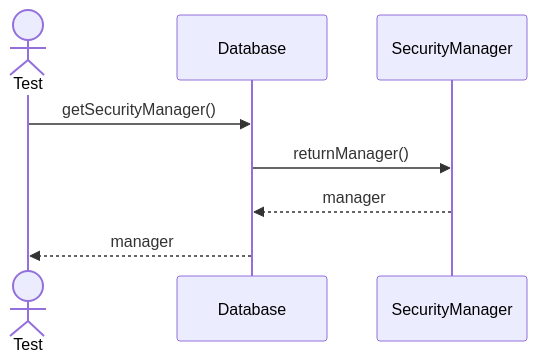
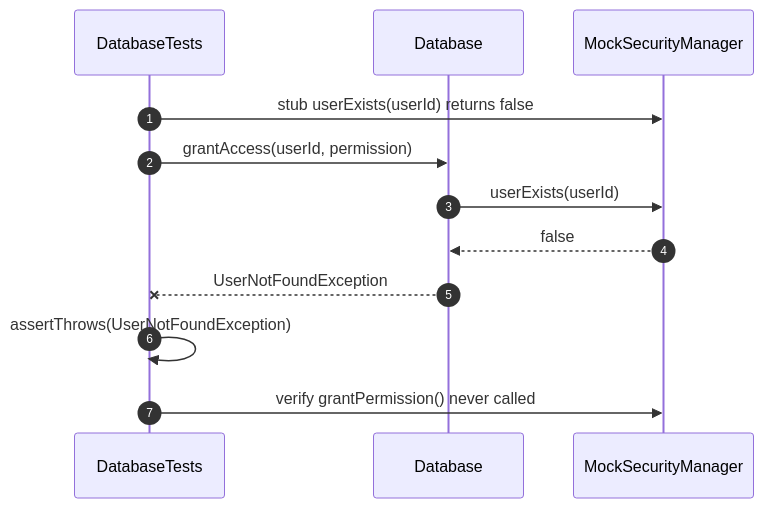
One commit to FhuAnn/-bbv-AN-s-DBMS changed diagram 13 of 25 in src/tests/unit/database/sequences/database-testing.se.md. Above: the diagram before and after it, drawn with Mermaid. The commit also changed other lines of this file and 28 other files, not shown here.

Commit message:
edit db sequence, dbtest

````diff
--- a/src/tests/unit/database/sequences/database-testing.se.md
+++ b/src/tests/unit/database/sequences/database-testing.se.md
@@ -203,11 +312,19 @@
 ```mermaid
 sequenceDiagram
-actor Test
-participant Database
-participant SecurityManager
+    autonumber
 
-Test->>Database: getSecurityManager()
-Database->>SecurityManager: returnManager()
-SecurityManager-->>Database: manager
-Database-->>Test: manager
+    participant Test as DatabaseTests
+    participant Database
+    participant Security as MockSecurityManager
+
+    Test->>Security: stub userExists(userId) returns false
+    Test->>Database: grantAccess(userId, permission)
+
+    Database->>Security: userExists(userId)
+    Security-->>Database: false
+
+    Database--xTest: UserNotFoundException
+
+    Test->>Test: assertThrows(UserNotFoundException)
+    Test->>Security: verify grantPermission() never called
 ```
````
